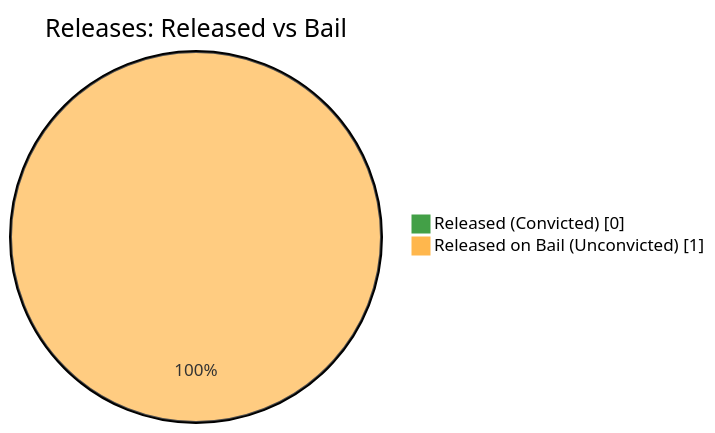
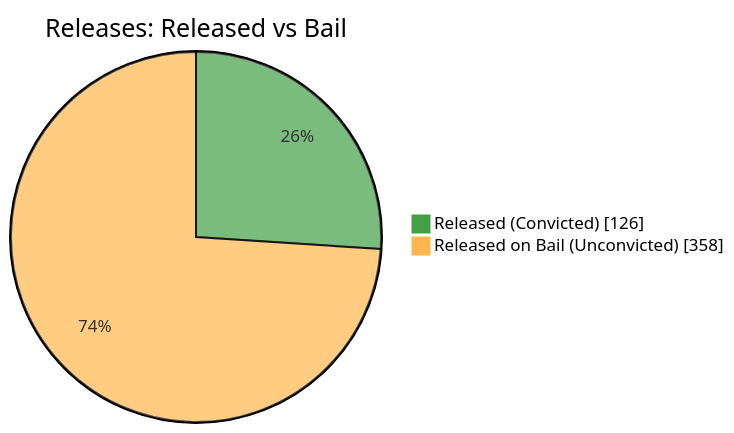
Before and after one commit to nuuuwan/lk_prisons: the fifth of 7 diagrams in README.md, drawn with Mermaid. The commit also changed other lines of this file and 1 other file, not shown here.

````diff
--- a/README.md
+++ b/README.md
@@ -87,6 +87,6 @@
 ```mermaid
 %%{init: {'themeVariables': {'pie1': '#43A047', 'pie2': '#FFB74D'}}}%%
 pie showData title Releases: Released vs Bail
-    "Released (Convicted)" : 0
-    "Released on Bail (Unconvicted)" : 1
+    "Released (Convicted)" : 126
+    "Released on Bail (Unconvicted)" : 358
 ```
````
